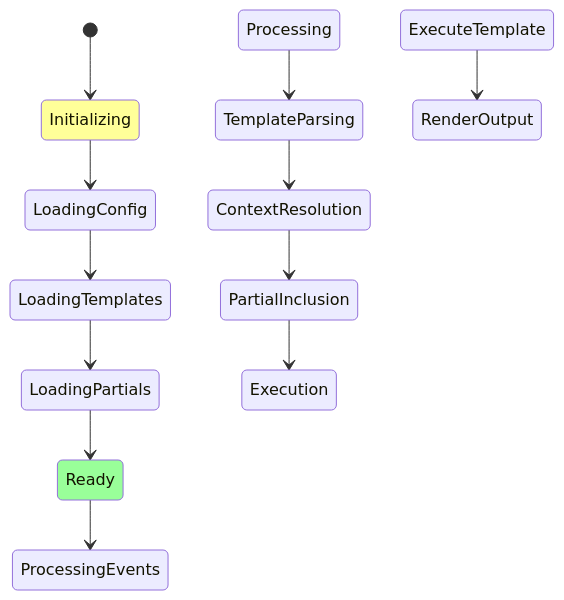
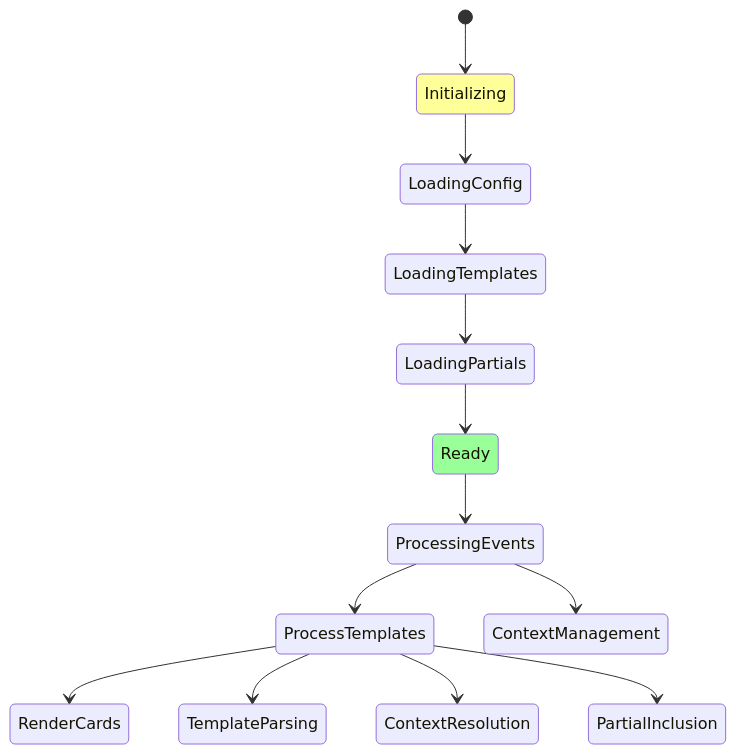
Before and after one commit to daredoes/linked-lovelace-ui: the sixth of 22 diagrams in docs_site/api-evolution.md, drawn with Mermaid. The commit also changed other lines of this file and 1 other file, not shown here.

First line of the commit message:
Fix all Mermaid diagram syntax errors for v11.12.3 compatibility

````diff
--- a/docs_site/api-evolution.md
+++ b/docs_site/api-evolution.md
@@ -126,23 +122,23 @@
 ```mermaid
 stateDiagram
     [*] --> Initializing
     
     Initializing --> LoadingConfig
     LoadingConfig --> LoadingTemplates
     
     LoadingTemplates --> LoadingPartials
     
     LoadingPartials --> Ready
     
     Ready --> ProcessingEvents
+    ProcessingEvents --> ProcessTemplates
+    ProcessTemplates --> RenderCards
     
-    Processing --> TemplateParsing
-    TemplateParsing --> ContextResolution
-    ContextResolution --> PartialInclusion
-    PartialInclusion --> Execution
-    
-    ExecuteTemplate --> RenderOutput
+    ProcessingEvents --> ContextManagement
+    ProcessTemplates --> TemplateParsing
+    ProcessTemplates --> ContextResolution
+    ProcessTemplates --> PartialInclusion
     
     style Initializing fill:#ff9
     style Ready fill:#9f9
 ```
````
